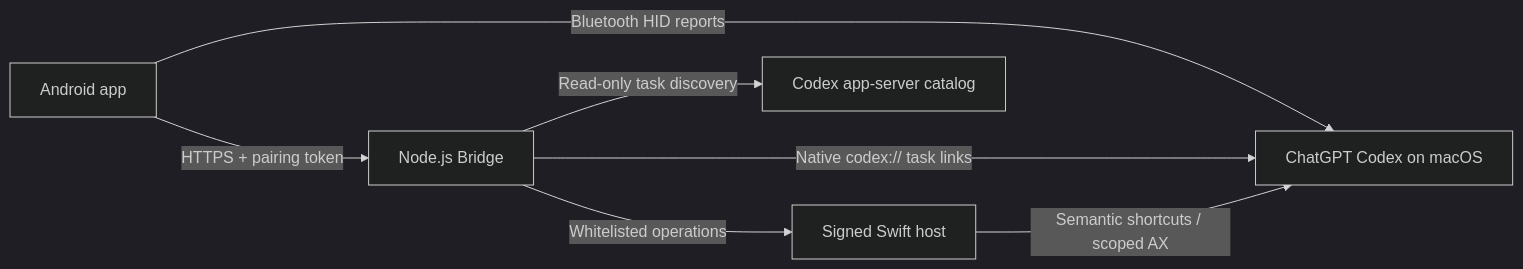
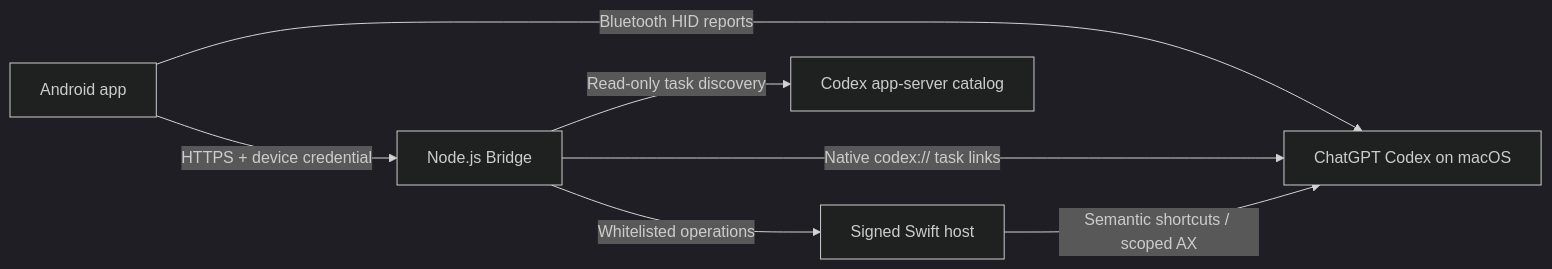
Before and after one commit to mtics/Vibe-Pocket: the diagram in README.md, drawn with Mermaid (dark theme). The commit also changed other lines of this file, not shown here.

Commit message:
docs: explain secure pairing and single-screen control

````diff
--- a/README.md
+++ b/README.md
@@ -43,15 +44,15 @@
 ```mermaid
 flowchart LR
     phone["Android app"]
     bridge["Node.js Bridge"]
     host["Signed Swift host"]
     catalog["Codex app-server catalog"]
     desktop["ChatGPT Codex on macOS"]
 
     phone -->|"Bluetooth HID reports"| desktop
-    phone -->|"HTTPS + pairing token"| bridge
+    phone -->|"HTTPS + device credential"| bridge
     bridge -->|"Read-only task discovery"| catalog
     bridge -->|"Native codex:// task links"| desktop
     bridge -->|"Whitelisted operations"| host
     host -->|"Semantic shortcuts / scoped AX"| desktop
 ```
````
